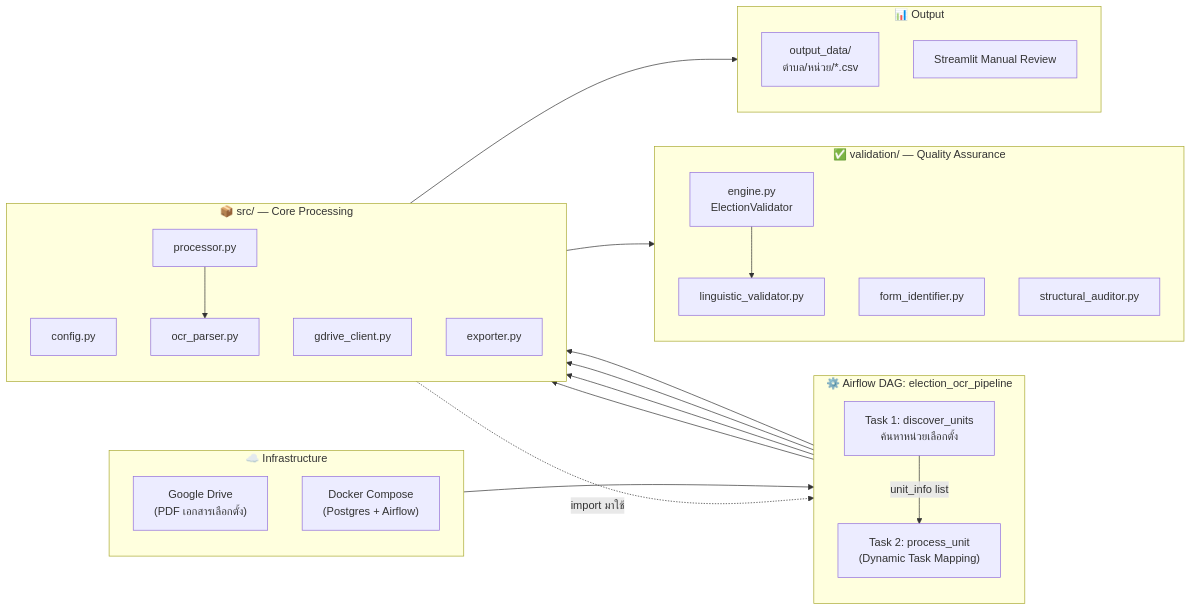
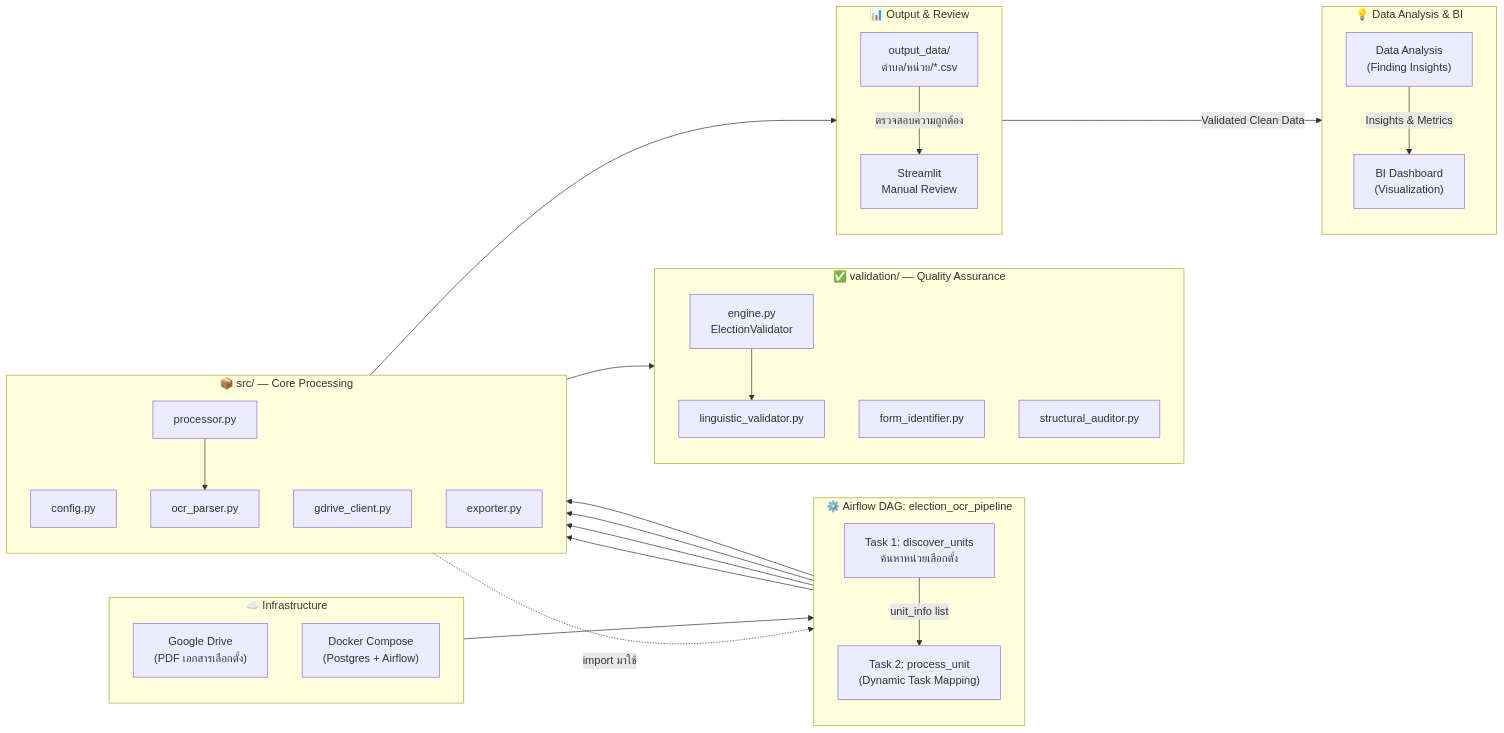
Before and after one commit to 098ff/dsde_final_project: the first of 5 diagrams in election_pipeline/readme/pipeline_overview_part1.md, drawn with Mermaid.

Commit message:
feat: add a part of DA & BI in to docs diagram

````diff
--- a/election_pipeline/readme/pipeline_overview_part1.md
+++ b/election_pipeline/readme/pipeline_overview_part1.md
@@ -11,59 +11,70 @@
 ```mermaid
 flowchart LR
     subgraph INFRA["☁️ Infrastructure"]
         direction TB
         GD["Google Drive<br/>(PDF เอกสารเลือกตั้ง)"]
         DOCK["Docker Compose<br/>(Postgres + Airflow)"]
     end
 
     subgraph DAG["⚙️ Airflow DAG: election_ocr_pipeline"]
         direction TB
         T1["Task 1: discover_units<br/>ค้นหาหน่วยเลือกตั้ง"]
         T2["Task 2: process_unit<br/>(Dynamic Task Mapping)"]
     end
 
     subgraph SRC["📦 src/ — Core Processing"]
         direction TB
         CFG["config.py"]
         GDC["gdrive_client.py"]
         PROC["processor.py"]
         PARSE["ocr_parser.py"]
         EXP["exporter.py"]
     end
 
     subgraph VAL["✅ validation/ — Quality Assurance"]
         direction TB
         ENG["engine.py<br/>ElectionValidator"]
         LING["linguistic_validator.py"]
         FORM["form_identifier.py"]
         STRUCT["structural_auditor.py"]
     end
 
-    subgraph OUT["📊 Output"]
+    subgraph OUT["📊 Output & Review"]
         direction TB
         CSV1["output_data/<br/>ตำบล/หน่วย/*.csv"]
-        STRM["Streamlit Manual Review"]
+        STRM["Streamlit<br/>Manual Review"]
+    end
+
+    subgraph INSIGHT["💡 Data Analysis & BI"]
+        direction TB
+        EDA["Data Analysis<br/>(Finding Insights)"]
+        BI["BI Dashboard<br/>(Visualization)"]
     end
 
     %% เส้นทางหลักของการทำงาน (Main Flow)
     GD --> T1
     T1 -->|"unit_info list"| T2
 
     %% การเรียกใช้ Module ใน src/
     T1 --> GDC
     T2 --> GDC
     T2 --> PROC
     PROC --> PARSE
     
     %% การส่งไป Validate
     PARSE --> ENG
     ENG --> LING
     
     %% การ Export ข้อมูล
     T2 --> EXP
     EXP --> CSV1
 
+    %% ขั้นตอนหลังได้ CSV (Manual Review -> Analysis -> BI)
+    CSV1 -->|"ตรวจสอบความถูกต้อง"| STRM
+    STRM -->|"Validated Clean Data"| EDA
+    EDA -->|"Insights & Metrics"| BI
+
     %% เส้นประแสดงการดึง Config มาใช้
     CFG -.->|"import มาใช้"| T2
 
 ```
````
